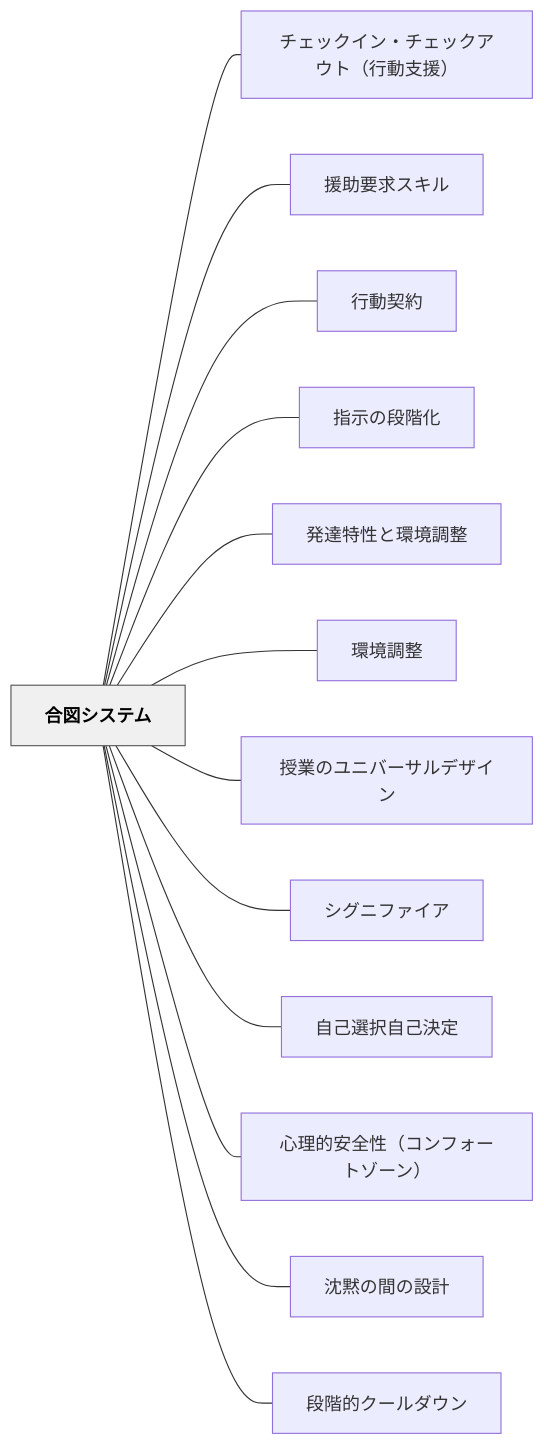
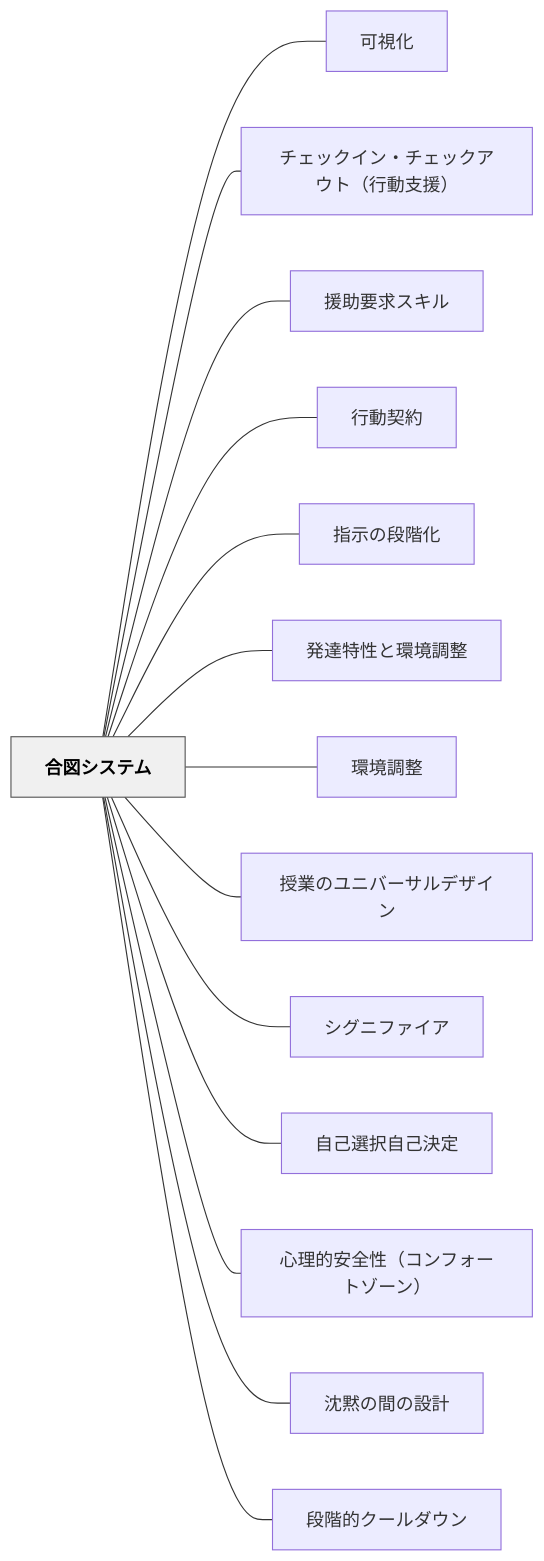
The diagram in content/パタン/合図システム.md (unknownthings-ed-patterns/unknownthings-ed-patterns), drawn with Mermaid before and after one commit. The commit also changed other lines of this file and 100 other files, not shown here.

````diff
--- a/content/パタン/合図システム.md
+++ b/content/パタン/合図システム.md
@@ -115,32 +116,34 @@
 ```mermaid
 flowchart LR
     ne59088e59bb3e382b7e382b9e38386e383a0["合図システム"]
+    ne58fafe8a696e58c96["可視化"]
     ne38381e382a7e38383e382afe382a4e383b3e383bbe38381e382a7e38383e382afe382a2e382a6e38388efbc88e8a18ce58b95e694afe68fb4efbc89["チェックイン・チェックアウト（行動支援）"]
     ne68fb4e58aa9e8a681e6b182e382b9e382ade383ab["援助要求スキル"]
     ne8a18ce58b95e5a591e7b484["行動契約"]
     ne68c87e7a4bae381aee6aeb5e99a8ee58c96["指示の段階化"]
     ne799bae98194e789b9e680a7e381a8e792b0e5a283e8aabfe695b4["発達特性と環境調整"]
     ne792b0e5a283e8aabfe695b4["環境調整"]
     ne68e88e6a5ade381aee383a6e3838be38390e383bce382b5e383abe38387e382b6e382a4e383b3["授業のユニバーサルデザイン"]
     ne382b7e382b0e3838be38395e382a1e382a4e382a2["シグニファイア"]
     ne887aae5b7b1e981b8e68a9ee887aae5b7b1e6b1bae5ae9a["自己選択自己決定"]
     ne5bf83e79086e79a84e5ae89e585a8e680a7efbc88e382b3e383b3e38395e382a9e383bce38388e382bee383bce383b3efbc89["心理的安全性（コンフォートゾーン）"]
     ne6b288e9bb99e381aee99693e381aee8a8ade8a888["沈黙の間の設計"]
     ne6aeb5e99a8ee79a84e382afe383bce383abe38380e382a6e383b3["段階的クールダウン"]
 
+    ne59088e59bb3e382b7e382b9e38386e383a0 --- ne58fafe8a696e58c96
     ne59088e59bb3e382b7e382b9e38386e383a0 --- ne38381e382a7e38383e382afe382a4e383b3e383bbe38381e382a7e38383e382afe382a2e382a6e38388efbc88e8a18ce58b95e694afe68fb4efbc89
     ne59088e59bb3e382b7e382b9e38386e383a0 --- ne68fb4e58aa9e8a681e6b182e382b9e382ade383ab
     ne59088e59bb3e382b7e382b9e38386e383a0 --- ne8a18ce58b95e5a591e7b484
     ne59088e59bb3e382b7e382b9e38386e383a0 --- ne68c87e7a4bae381aee6aeb5e99a8ee58c96
     ne59088e59bb3e382b7e382b9e38386e383a0 --- ne799bae98194e789b9e680a7e381a8e792b0e5a283e8aabfe695b4
     ne59088e59bb3e382b7e382b9e38386e383a0 --- ne792b0e5a283e8aabfe695b4
     ne59088e59bb3e382b7e382b9e38386e383a0 --- ne68e88e6a5ade381aee383a6e3838be38390e383bce382b5e383abe38387e382b6e382a4e383b3
     ne59088e59bb3e382b7e382b9e38386e383a0 --- ne382b7e382b0e3838be38395e382a1e382a4e382a2
     ne59088e59bb3e382b7e382b9e38386e383a0 --- ne887aae5b7b1e981b8e68a9ee887aae5b7b1e6b1bae5ae9a
     ne59088e59bb3e382b7e382b9e38386e383a0 --- ne5bf83e79086e79a84e5ae89e585a8e680a7efbc88e382b3e383b3e38395e382a9e383bce38388e382bee383bce383b3efbc89
     ne59088e59bb3e382b7e382b9e38386e383a0 --- ne6b288e9bb99e381aee99693e381aee8a8ade8a888
     ne59088e59bb3e382b7e382b9e38386e383a0 --- ne6aeb5e99a8ee79a84e382afe383bce383abe38380e382a6e383b3
 
     classDef hub fill:#f0f0f0,stroke:#555,color:#000,font-weight:bold
     class ne59088e59bb3e382b7e382b9e38386e383a0 hub
 ```
````
